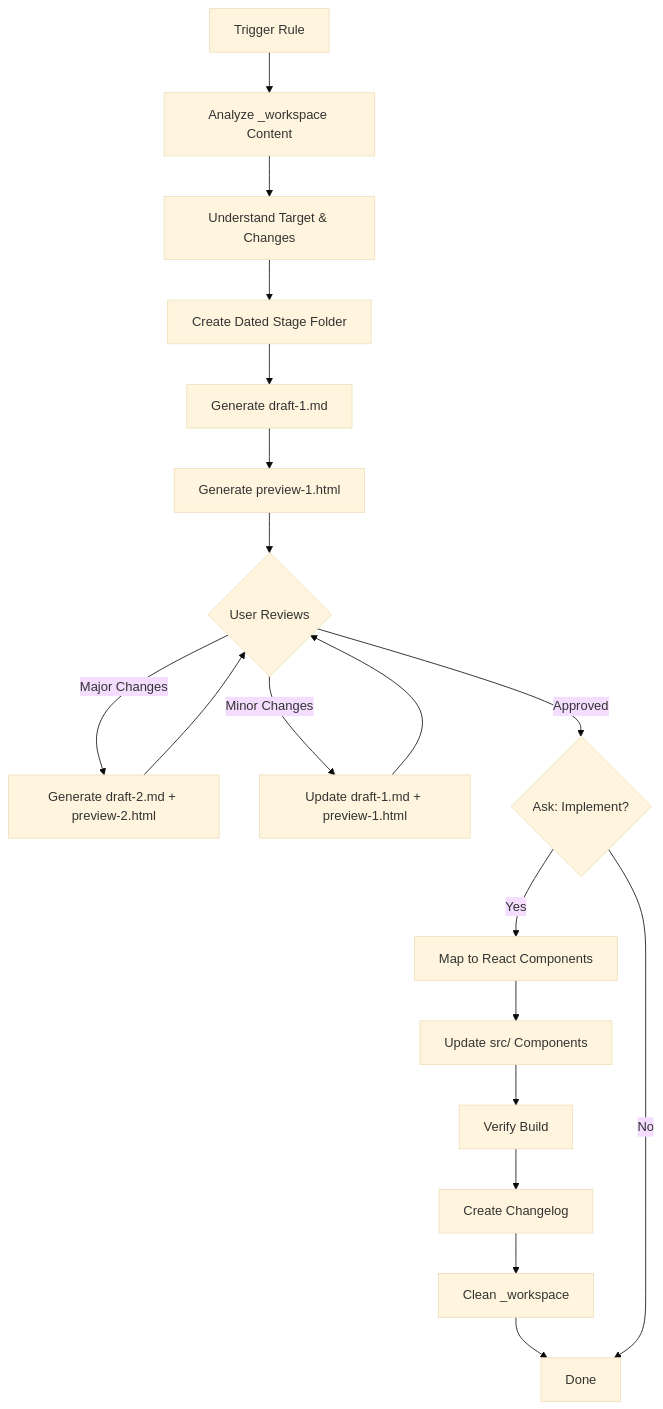
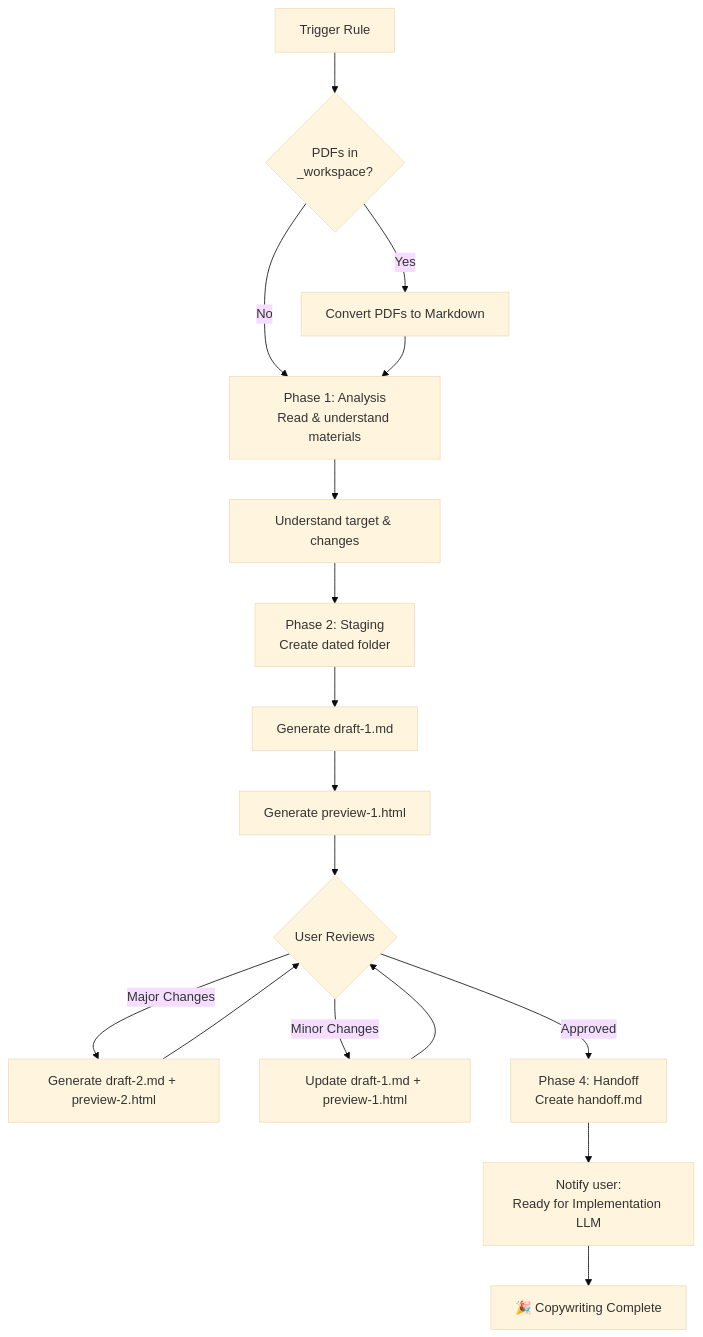
One commit to plantonhq/planton.ai changed the first of 2 diagrams in content/copywriting/_rules/update-planton-ai-copy-writing.mdc. Above: the diagram before and after it, drawn with Mermaid (base theme). The commit also changed other lines of this file and 6 other files, not shown here.

First line of the commit message:
feat(copywriting): add PDF conversion and two-LLM handoff workflow

````diff
--- a/content/copywriting/_rules/update-planton-ai-copy-writing.mdc
+++ b/content/copywriting/_rules/update-planton-ai-copy-writing.mdc
@@ -34,21 +56,19 @@
 ```mermaid
 flowchart TD
-    Start[Trigger Rule] --> Analyze[Analyze _workspace Content]
-    Analyze --> Context[Understand Target & Changes]
-    Context --> CreateFolder[Create Dated Stage Folder]
+    Start[Trigger Rule] --> PDFCheck{PDFs in<br/>_workspace?}
+    PDFCheck -->|Yes| ConvertPDF[Convert PDFs to Markdown]
+    PDFCheck -->|No| Analyze
+    ConvertPDF --> Analyze[Phase 1: Analysis<br/>Read & understand materials]
+    Analyze --> Context[Understand target & changes]
+    Context --> CreateFolder[Phase 2: Staging<br/>Create dated folder]
     CreateFolder --> Draft1[Generate draft-1.md]
     Draft1 --> HTML1[Generate preview-1.html]
     HTML1 --> Review{User Reviews}
     Review -->|Major Changes| Draft2[Generate draft-2.md + preview-2.html]
     Review -->|Minor Changes| UpdateDraft1[Update draft-1.md + preview-1.html]
     Draft2 --> Review
     UpdateDraft1 --> Review
-    Review -->|Approved| AskImplement{Ask: Implement?}
-    AskImplement -->|Yes| MapComponents[Map to React Components]
-    MapComponents --> UpdateSource[Update src/ Components]
-    UpdateSource --> Verify[Verify Build]
-    Verify --> Changelog[Create Changelog]
-    Changelog --> Cleanup[Clean _workspace]
-    Cleanup --> End[Done]
-    AskImplement -->|No| End
+    Review -->|Approved| Handoff[Phase 4: Handoff<br/>Create handoff.md]
+    Handoff --> NotifyUser[Notify user:<br/>Ready for Implementation LLM]
+    NotifyUser --> EndCopywriting[🎉 Copywriting Complete]
 ```
````
